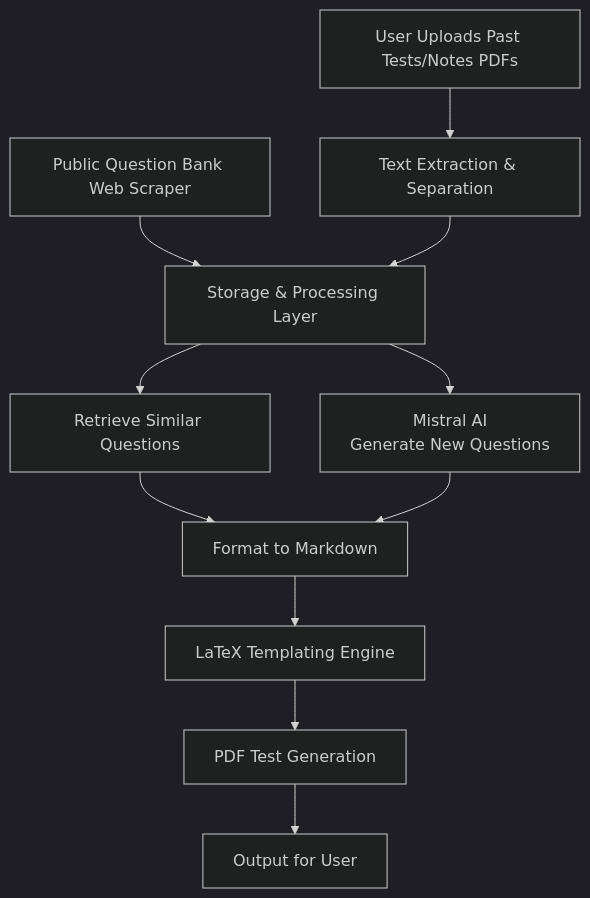
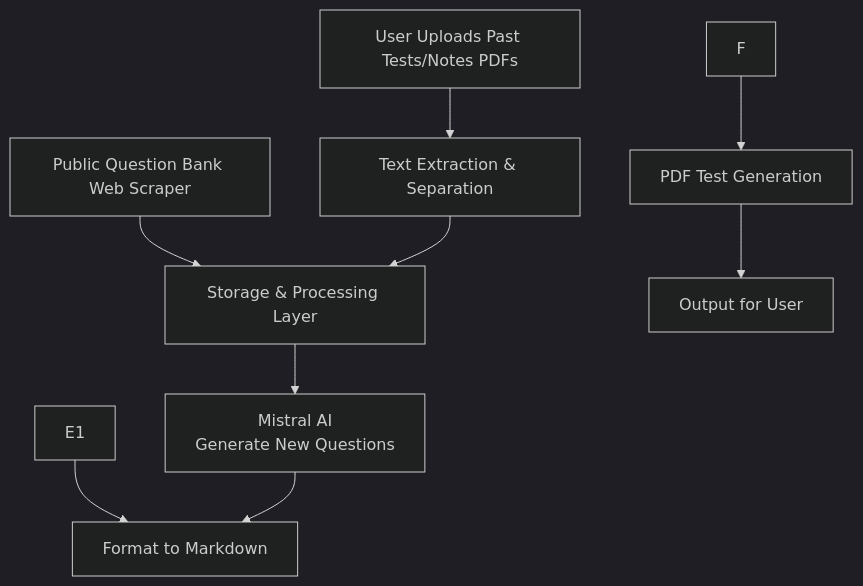
Before and after one commit to NadimMussaDaud/MistralAIExamsGenerationApp: the diagram in README.md, drawn with Mermaid (dark theme).

Commit message:
Update flow diagram in README.md
Fix diagram flow by adding missing connection from E2 to E3.

````diff
--- a/README.md
+++ b/README.md
@@ -17,15 +17,14 @@
 ```mermaid
 flowchart TD
     A[User Uploads Past Tests/Notes PDFs] --> B[Text Extraction & Separation]
     C[Public Question Bank Web Scraper] --> D[Storage & Processing Layer]
     B --> D
 
-    D --> E1[Retrieve Similar Questions]
     D --> E2[Mistral AI<br>Generate New Questions]
     E1 --> E3[Format to Markdown]
+
     E2 --> E3
-
-    E3 --> F[LaTeX Templating Engine]
+ 
     F --> G[PDF Test Generation]
     G --> H[Output for User]
 ```
````
